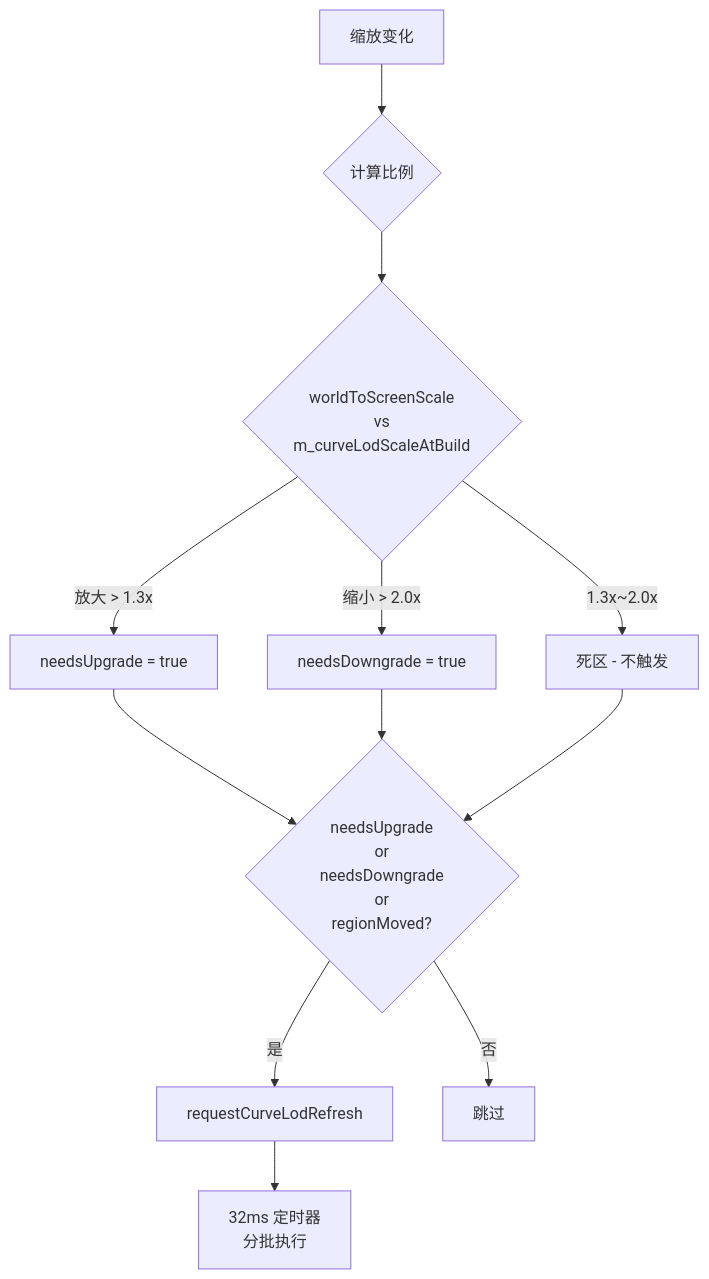
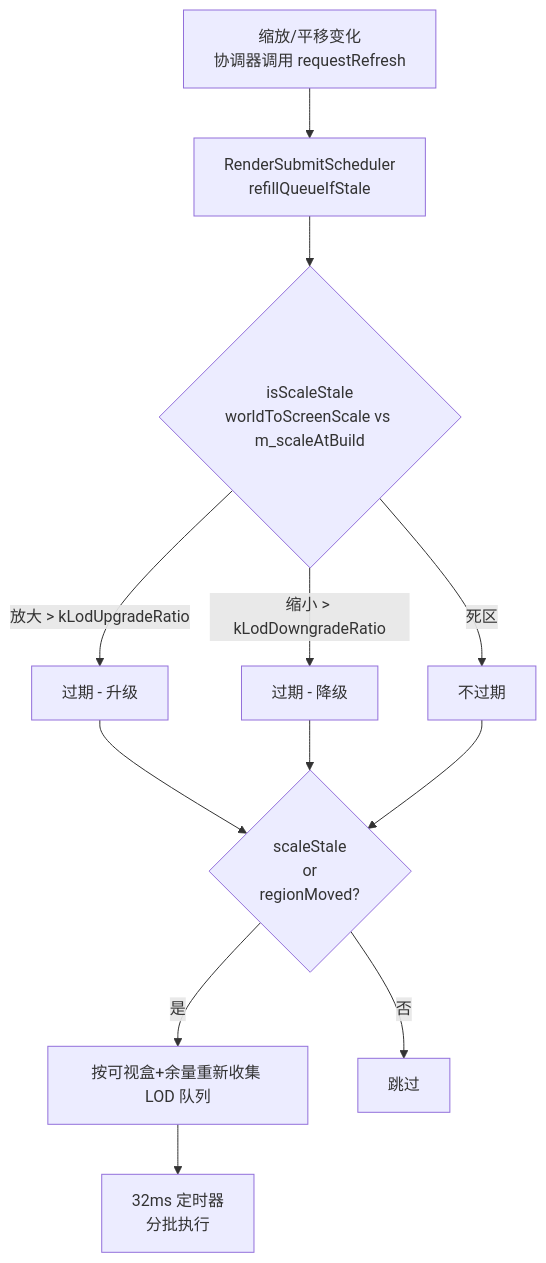
One commit to yulinxx/CAD changed the second of 3 diagrams in Docs/03-渲染主链/LOD多级细节跨层设计.md. Above: the diagram before and after it, drawn with Mermaid. The commit also changed other lines of this file and 9 other files, not shown here.

First line of the commit message:
refactor(render): CurveLodManager 更名 RenderSubmitScheduler，LOD 防漂移整修

````diff
--- a/Docs/03-渲染主链/LOD多级细节跨层设计.md
+++ b/Docs/03-渲染主链/LOD多级细节跨层设计.md
@@ -72,14 +77,14 @@
 ```mermaid
 flowchart TD
-    A[缩放变化] --> B{计算比例}
-    B --> C{worldToScreenScale<br/>vs<br/>m_curveLodScaleAtBuild}
-    C -->|放大 > 1.3x| D[needsUpgrade = true]
-    C -->|缩小 > 2.0x| E[needsDowngrade = true]
-    C -->|1.3x~2.0x| F[死区 - 不触发]
-    D --> G{needsUpgrade<br/>or<br/>needsDowngrade<br/>or<br/>regionMoved?}
+    A[缩放/平移变化<br/>协调器调用 requestRefresh] --> B[RenderSubmitScheduler<br/>refillQueueIfStale]
+    B --> C{isScaleStale<br/>worldToScreenScale vs m_scaleAtBuild}
+    C -->|放大 > kLodUpgradeRatio| D[过期 - 升级]
+    C -->|缩小 > kLodDowngradeRatio| E[过期 - 降级]
+    C -->|死区| F[不过期]
+    D --> G{scaleStale<br/>or<br/>regionMoved?}
     E --> G
     F --> G
-    G -->|是| H[requestCurveLodRefresh]
+    G -->|是| H[按可视盒+余量重新收集 LOD 队列]
     G -->|否| I[跳过]
     H --> J[32ms 定时器<br/>分批执行]
 ```
````
